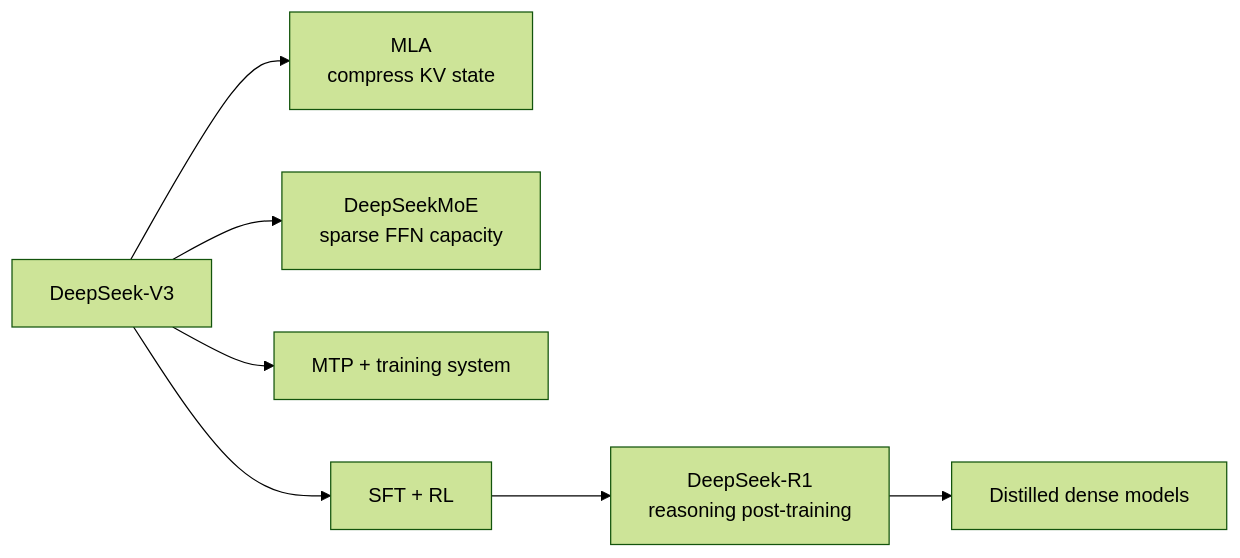
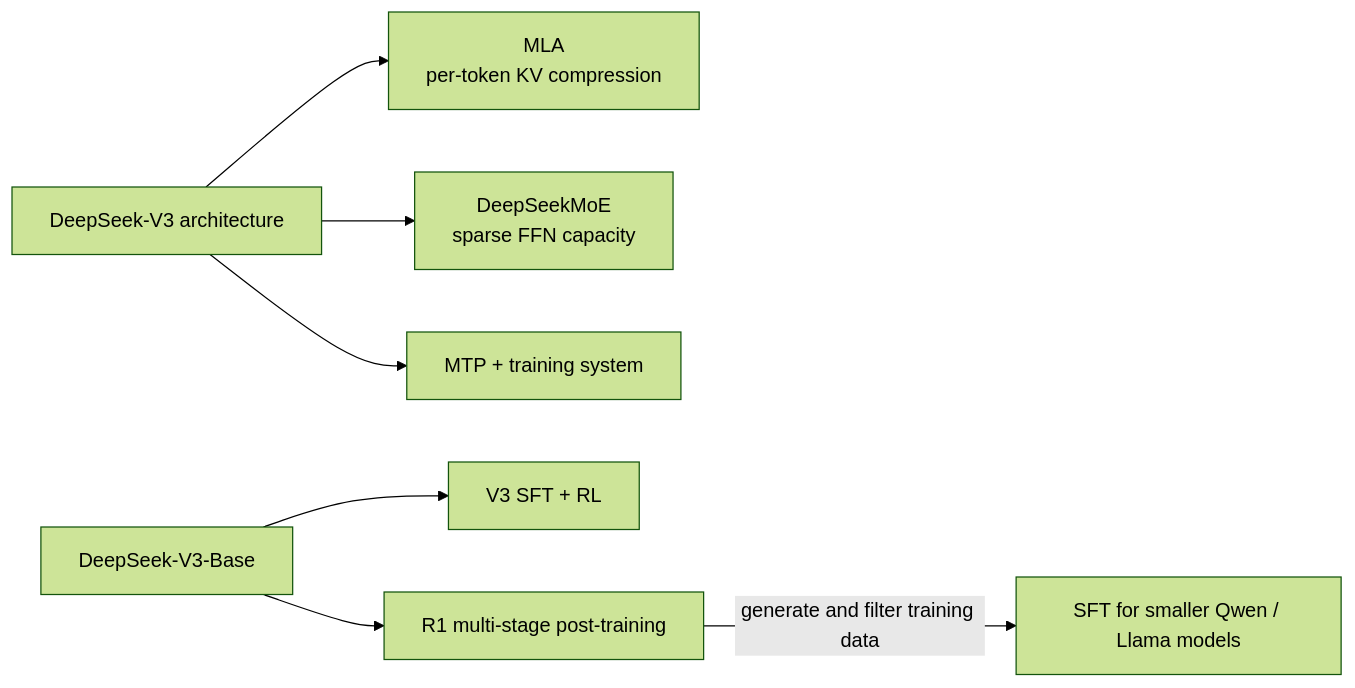
One commit to tianyi-zhang-02/cooking-agi changed the diagram in 00-foundations/model-families/deepseek.en.md. Above: the diagram before and after it, drawn with Mermaid (forest theme). The commit also changed other lines of this file and 457 other files, not shown here.

````diff
--- a/00-foundations/model-families/deepseek.en.md
+++ b/00-foundations/model-families/deepseek.en.md
@@ -20,9 +20,9 @@
 ```mermaid
 flowchart LR
-    A["DeepSeek-V3"] --> B["MLA<br/>compress KV state"]
+    A["DeepSeek-V3 architecture"] --> B["MLA<br/>per-token KV compression"]
     A --> C["DeepSeekMoE<br/>sparse FFN capacity"]
     A --> D["MTP + training system"]
-    A --> E["SFT + RL"]
-    E --> F["DeepSeek-R1<br/>reasoning post-training"]
-    F --> G["Distilled dense models"]
+    H["DeepSeek-V3-Base"] --> E["V3 SFT + RL"]
+    H --> F["R1 multi-stage post-training"]
+    F -->|generate and filter training data| G["SFT for smaller Qwen / Llama models"]
 ```
````
